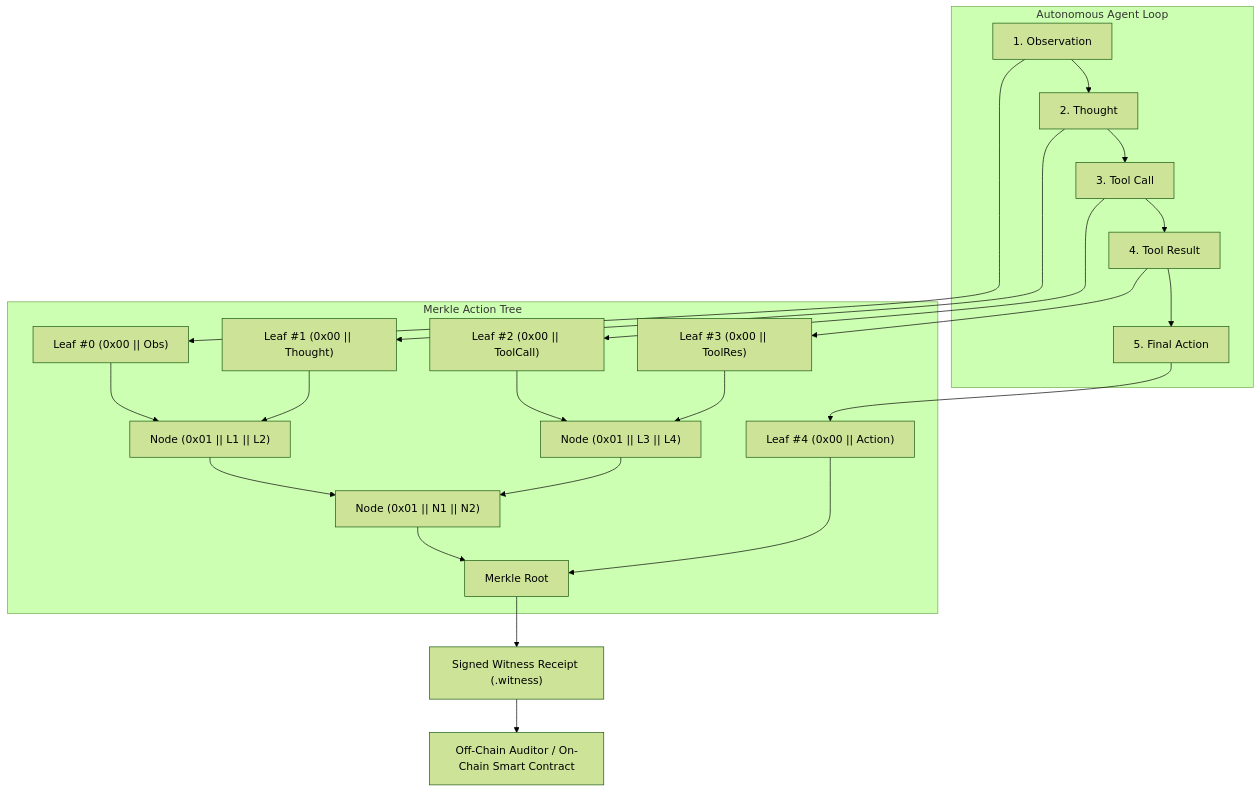
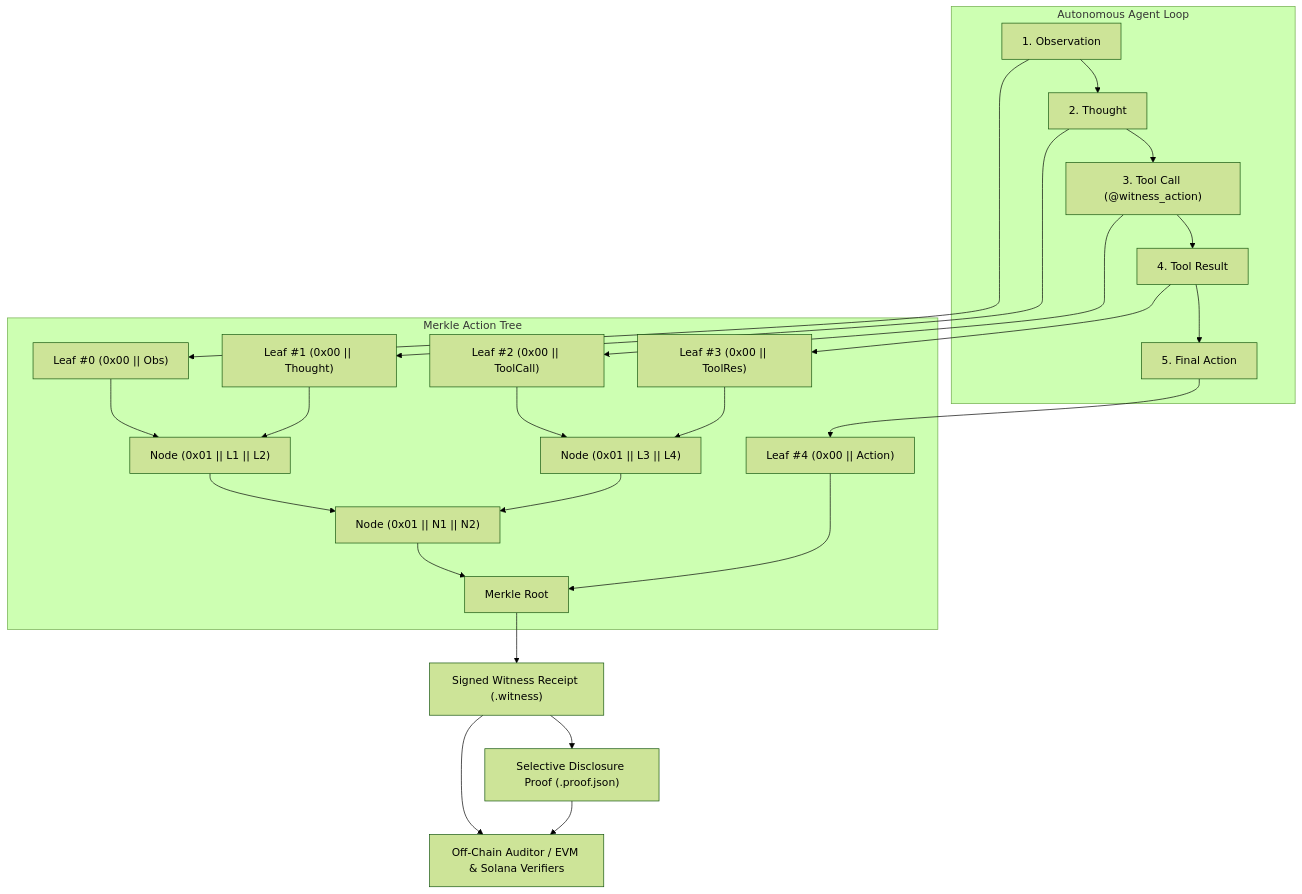
The diagram in README.md (devsoniclk/agent-witness), drawn with Mermaid (forest theme) before and after one commit. The commit also changed other lines of this file and 15 other files, not shown here.

First line of the commit message:
feat: selective disclosure proof bundles, EIP-712 typing, and Solana Anchor verifier v0.2.0

````diff
--- a/README.md
+++ b/README.md
@@ -38,24 +33,25 @@
 ```mermaid
 flowchart TD
     subgraph Autonomous Agent Loop
         O["1. Observation"] --> T["2. Thought"]
-        T --> C["3. Tool Call"]
+        T --> C["3. Tool Call (@witness_action)"]
         C --> R["4. Tool Result"]
         R --> D["5. Final Action"]
     end
 
     subgraph Merkle Action Tree
         O --> L1["Leaf #0 (0x00 || Obs)"]
         T --> L2["Leaf #1 (0x00 || Thought)"]
         C --> L3["Leaf #2 (0x00 || ToolCall)"]
         R --> L4["Leaf #3 (0x00 || ToolRes)"]
         D --> L5["Leaf #4 (0x00 || Action)"]
         L1 & L2 --> N1["Node (0x01 || L1 || L2)"]
         L3 & L4 --> N2["Node (0x01 || L3 || L4)"]
         N1 & N2 --> N3["Node (0x01 || N1 || N2)"]
         N3 & L5 --> ROOT["Merkle Root"]
     end
 
     ROOT --> SIG["Signed Witness Receipt (.witness)"]
-    SIG --> AUDIT["Off-Chain Auditor / On-Chain Smart Contract"]
+    SIG --> BUNDLE["Selective Disclosure Proof (.proof.json)"]
+    SIG & BUNDLE --> AUDIT["Off-Chain Auditor / EVM & Solana Verifiers"]
 ```
````
